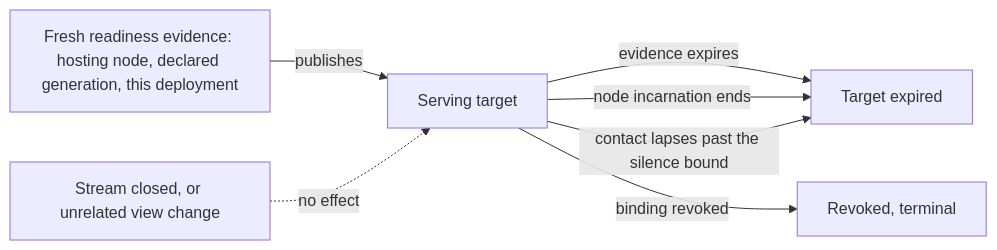
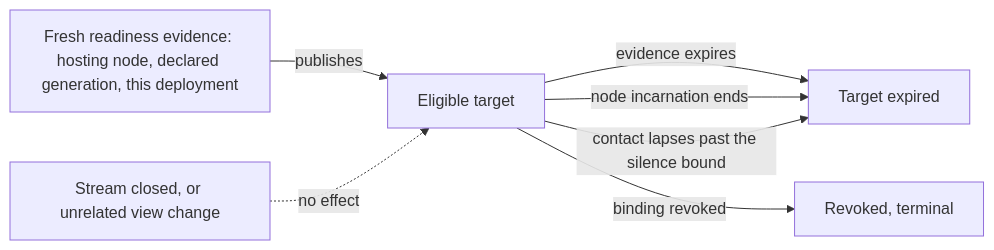
The fourth of 4 diagrams in docs/specs/inference.md (dotcoreai/dotcore), drawn with Mermaid before and after one commit. The commit also changed other lines of this file and 2 other files, not shown here.

````diff
--- a/docs/specs/inference.md
+++ b/docs/specs/inference.md
@@ -121,9 +120,9 @@
 ```mermaid
 flowchart LR
-  EV["Fresh readiness evidence: hosting node, declared generation, this deployment"] -->|"publishes"| T["Serving target"]
+  EV["Fresh readiness evidence: hosting node, declared generation, this deployment"] -->|"publishes"| T["Eligible target"]
   T -->|"evidence expires"| EXP["Target expired"]
   T -->|"node incarnation ends"| EXP
   T -->|"contact lapses past the silence bound"| EXP
   T -->|"binding revoked"| REV["Revoked, terminal"]
   CS["Stream closed, or unrelated view change"] -.->|"no effect"| T
 ```
````
